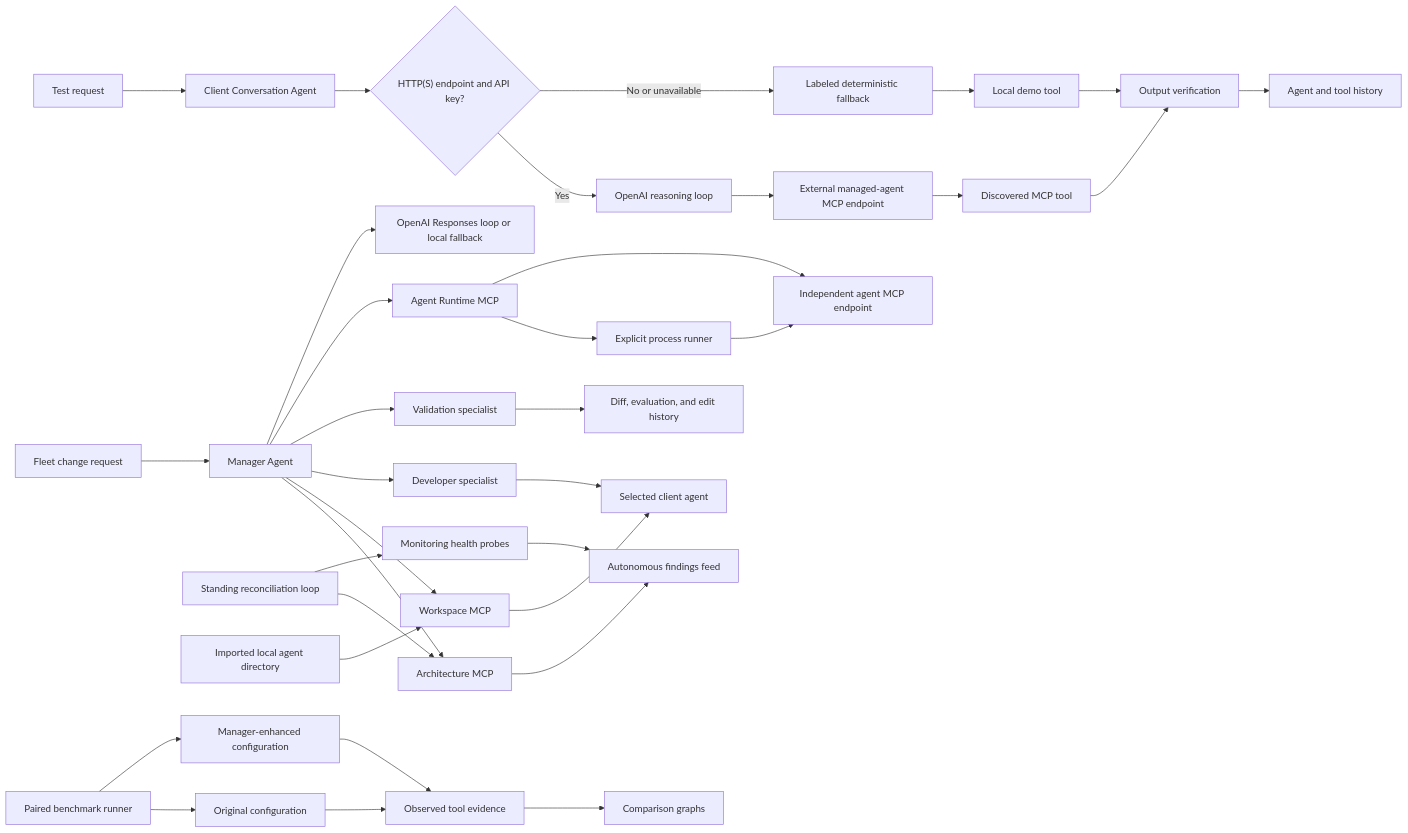
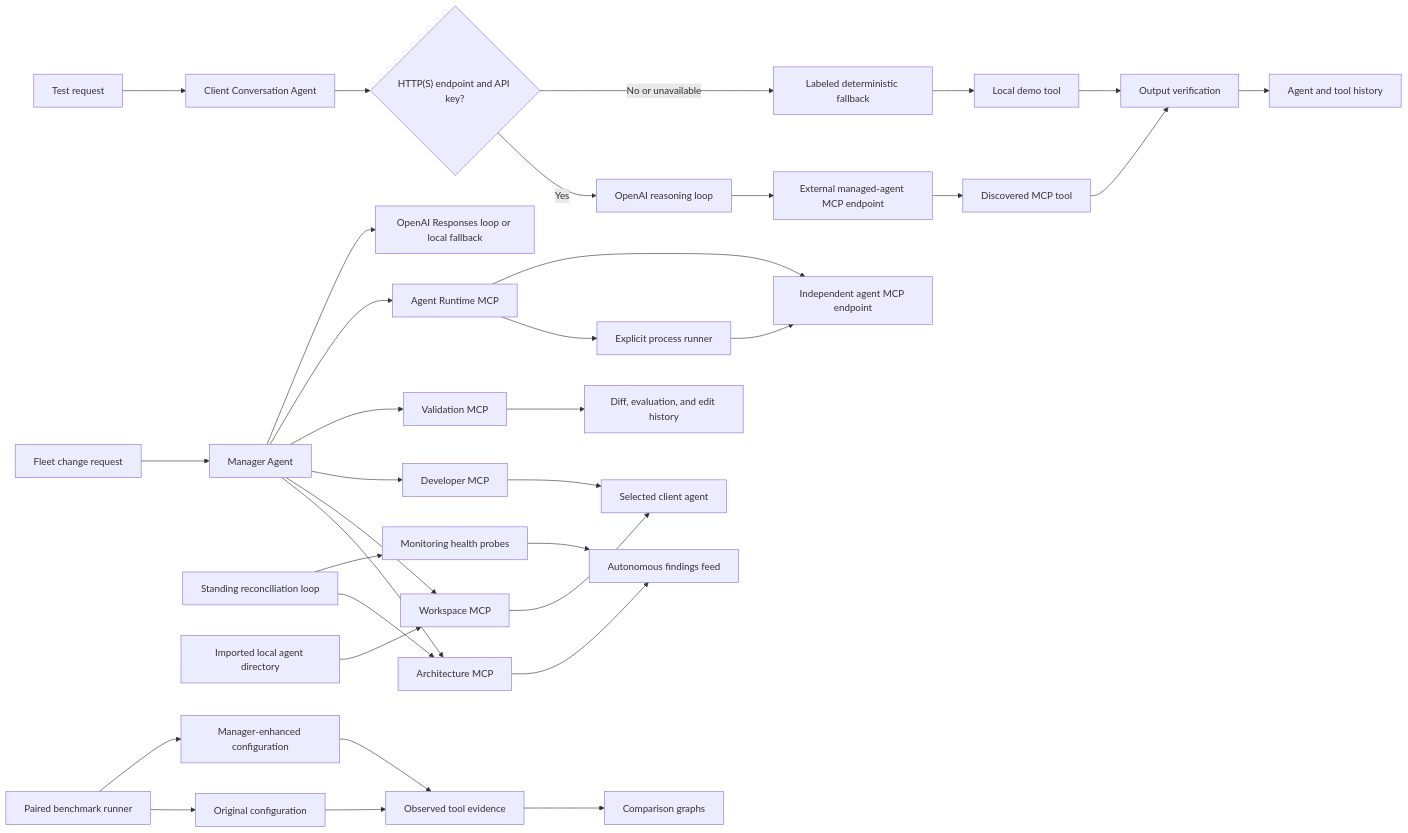
The diagram in AgentManager/README.md (akashsenthilkumar06/AgentManager), drawn with Mermaid before and after one commit. The commit also changed other lines of this file and 16 other files, not shown here.

````diff
--- a/AgentManager/README.md
+++ b/AgentManager/README.md
@@ -64,36 +70,36 @@
 ```mermaid
 flowchart LR
     U["Fleet change request"] --> AM["Manager Agent"]
     AM --> AS["Architecture MCP"]
     AM --> WS["Workspace MCP"]
-    AM --> DS["Developer specialist"]
-    AM --> VS["Validation specialist"]
+    AM --> DS["Developer MCP"]
+    AM --> VS["Validation MCP"]
     AM --> RT["Agent Runtime MCP"]
     WS --> MA["Selected client agent"]
     DS --> MA
     VS --> EH["Diff, evaluation, and edit history"]
     U2["Test request"] --> C["Client Conversation Agent"]
     C --> LM{"HTTP(S) endpoint and API key?"}
     LM -->|Yes| OAI2["OpenAI reasoning loop"]
     OAI2 --> RMCP["External managed-agent MCP endpoint"]
     RMCP --> T["Discovered MCP tool"]
     LM -->|No or unavailable| DF["Labeled deterministic fallback"]
     DF --> T2["Local demo tool"]
     T --> OV["Output verification"]
     T2 --> OV
     OV --> TH["Agent and tool history"]
     AM --> OAI["OpenAI Responses loop or local fallback"]
     RC["Standing reconciliation loop"] --> AS
     RC --> MH["Monitoring health probes"]
     AS --> FF["Autonomous findings feed"]
     MH --> FF
     IA["Imported local agent directory"] --> WS
     RT --> PR["Explicit process runner"]
     PR --> EMCP["Independent agent MCP endpoint"]
     RT --> EMCP
     BM["Paired benchmark runner"] --> B0["Original configuration"]
     BM --> B1["Manager-enhanced configuration"]
     B0 --> BE["Observed tool evidence"]
     B1 --> BE
     BE --> BG["Comparison graphs"]
 ```
````
